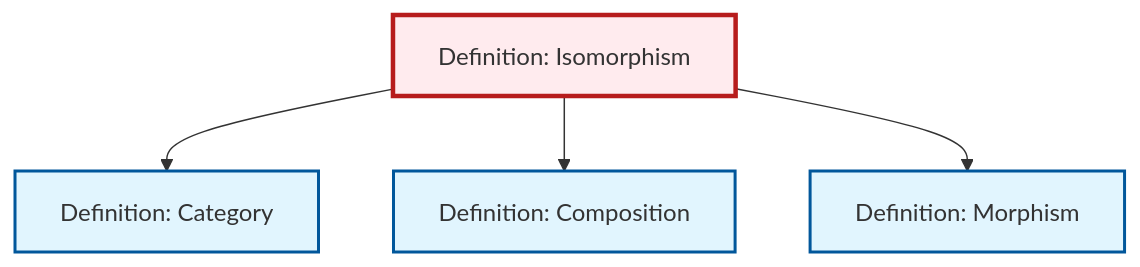
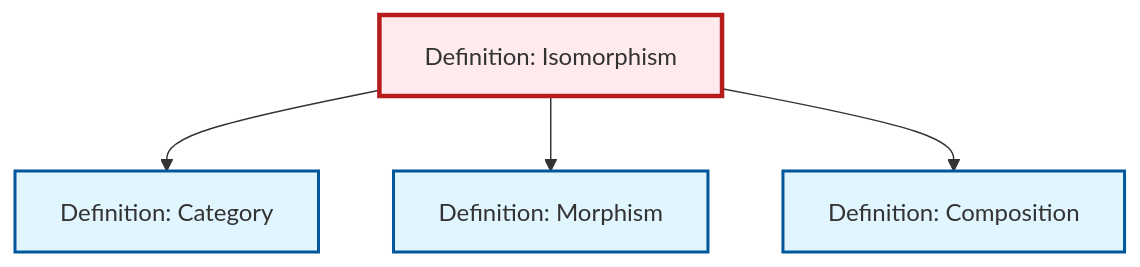
One commit to RK0429/ModernMath changed the diagram in content/ja/category-theory/def-isomorphism.qmd. Above: the diagram before and after it, drawn with Mermaid. The commit also changed other lines of this file and 417 other files, not shown here.

````diff
--- a/content/ja/category-theory/def-isomorphism.qmd
+++ b/content/ja/category-theory/def-isomorphism.qmd
@@ -83,20 +83,20 @@
 ```{mermaid}
 %%| fig-cap: "Local dependency graph"
 graph TD
     classDef definition fill:#e1f5fe,stroke:#01579b,stroke-width:2px
     classDef theorem fill:#f3e5f5,stroke:#4a148c,stroke-width:2px
     classDef axiom fill:#fff3e0,stroke:#e65100,stroke-width:2px
     classDef example fill:#e8f5e9,stroke:#1b5e20,stroke-width:2px
     classDef current fill:#ffebee,stroke:#b71c1c,stroke-width:3px
+    def-category["Definition: Category"]:::definition
+    def-morphism["Definition: Morphism"]:::definition
+    def-isomorphism["Definition: Isomorphism"]:::definition
     def-composition["Definition: Composition"]:::definition
-    def-isomorphism["Definition: Isomorphism"]:::definition
-    def-morphism["Definition: Morphism"]:::definition
-    def-category["Definition: Category"]:::definition
     def-isomorphism --> def-category
+    def-isomorphism --> def-morphism
     def-isomorphism --> def-composition
-    def-isomorphism --> def-morphism
     class def-isomorphism current
+    click def-category "def-category.html" "Definition: Categoryへ"
+    click def-morphism "def-morphism.html" "Definition: Morphismへ"
     click def-composition "def-composition.html" "Definition: Compositionへ"
-    click def-morphism "def-morphism.html" "Definition: Morphismへ"
-    click def-category "def-category.html" "Definition: Categoryへ"
 ```
````
